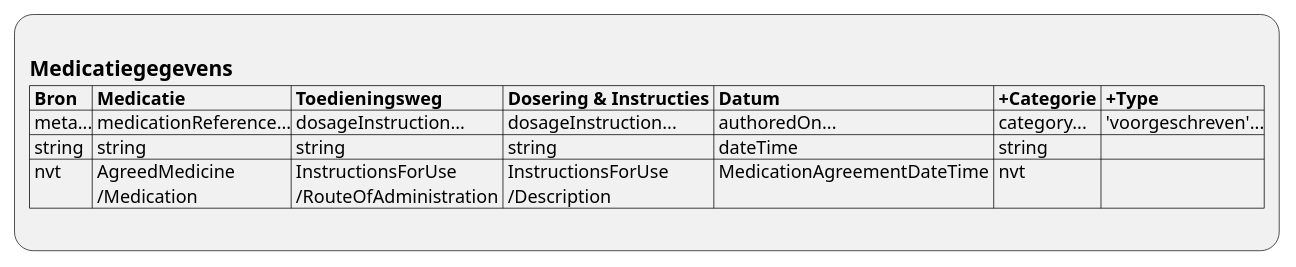
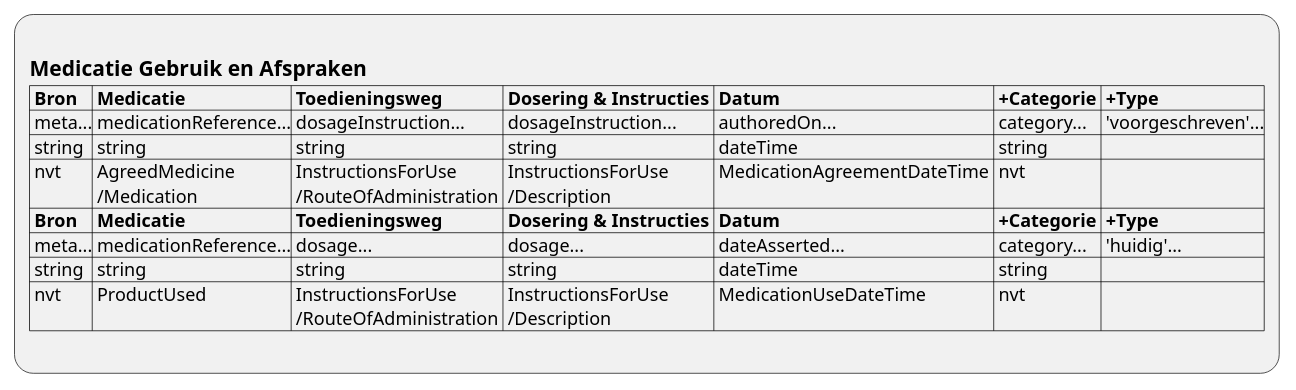
One commit to RIVO-Noord/zorgviewer-ig changed the diagram in input/images-source/ViewDefinition-Medicatiegegevens.plantuml. Above: the diagram before and after it, drawn with PlantUML. The commit also changed 18 other files, not shown here.

```diff
--- a/input/images-source/ViewDefinition-Medicatiegegevens.plantuml
+++ b/input/images-source/ViewDefinition-Medicatiegegevens.plantuml
@@ -1,9 +1,13 @@
 @startuml ViewDefinition-Medicatiegegevens
 :
-== Medicatiegegevens
+== Medicatie Gebruik en Afspraken
 |= Bron |= Medicatie |= Toedieningsweg |= Dosering & Instructies |= Datum |= +Categorie |= +Type |
 | meta...| medicationReference...| dosageInstruction...| dosageInstruction...| authoredOn...| category...| 'voorgeschreven'...|
 | string | string | string | string | dateTime | string |  |
 | nvt | AgreedMedicine\n /Medication | InstructionsForUse\n /RouteOfAdministration | InstructionsForUse\n /Description | MedicationAgreementDateTime | nvt ||
+|= Bron |= Medicatie |= Toedieningsweg |= Dosering & Instructies |= Datum |= +Categorie |= +Type |
+| meta...| medicationReference...| dosage...| dosage...| dateAsserted...| category...| 'huidig'...|
+| string | string | string | string | dateTime | string |  |
+| nvt | ProductUsed | InstructionsForUse\n /RouteOfAdministration | InstructionsForUse\n /Description | MedicationUseDateTime | nvt ||
 ;
 @enduml
```
